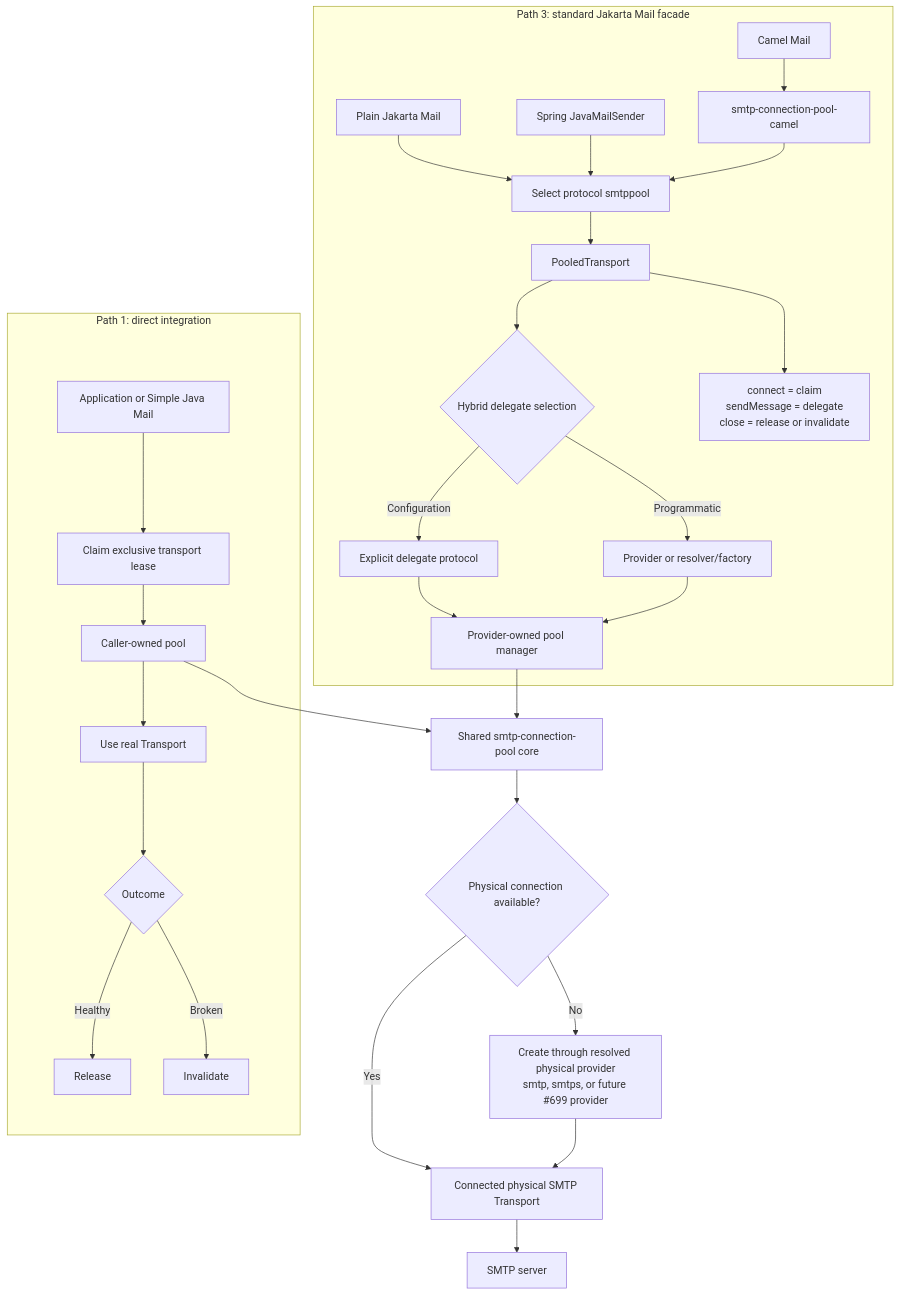
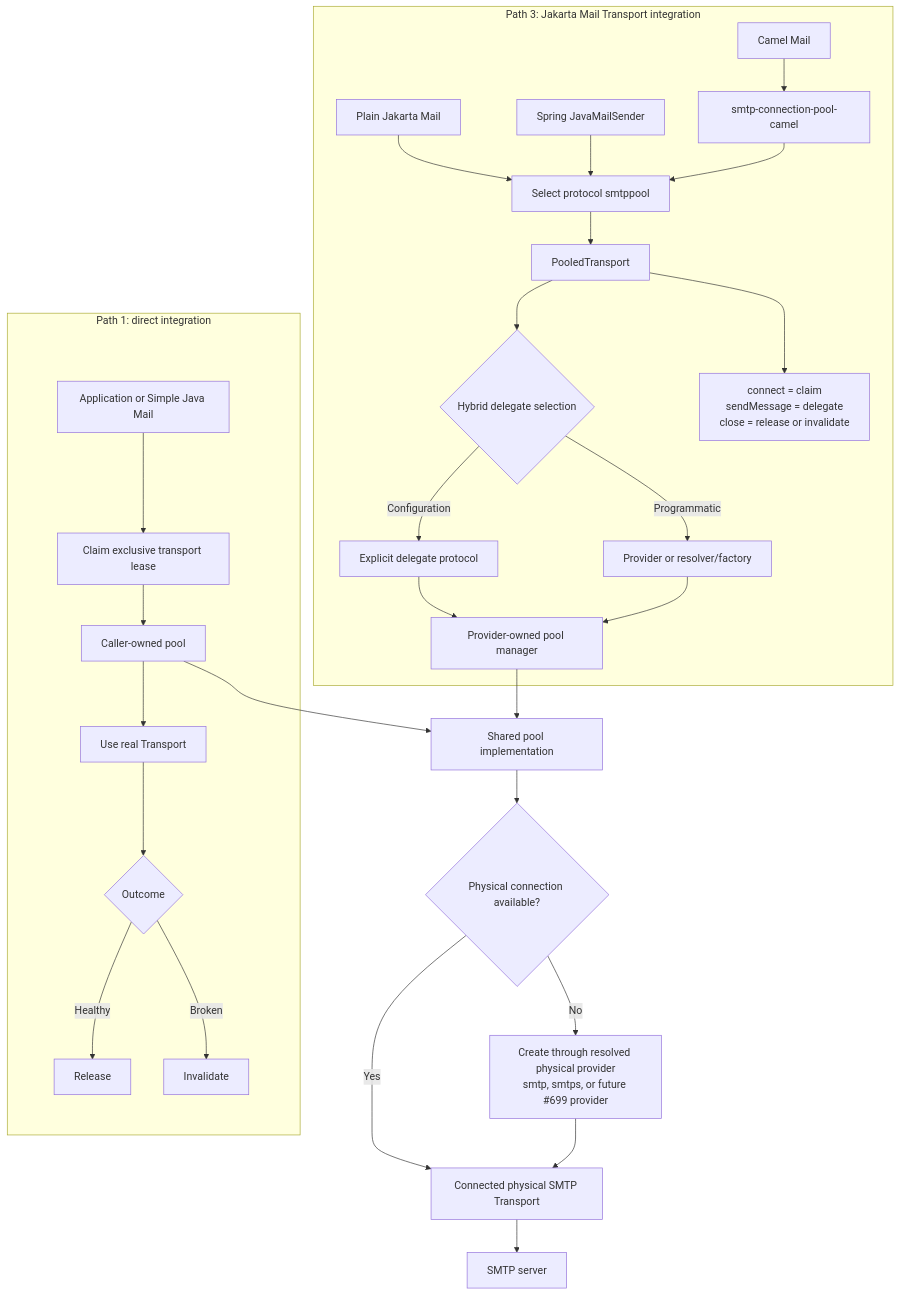
Before and after one commit to simple-java-mail/smtp-connection-pool: the third of 5 diagrams in PRODUCT-VISION.md, drawn with Mermaid. The commit also changed other lines of this file and 16 other files, not shown here.

````diff
--- a/PRODUCT-VISION.md
+++ b/PRODUCT-VISION.md
@@ -214,33 +214,33 @@
 ```mermaid
 flowchart TB
     subgraph DIRECT["Path 1: direct integration"]
         DIRECT_APP["Application or Simple Java Mail"] --> DIRECT_CLAIM["Claim exclusive transport lease"]
         DIRECT_CLAIM --> DIRECT_POOL["Caller-owned pool"]
         DIRECT_POOL --> DIRECT_SEND["Use real Transport"]
         DIRECT_SEND --> DIRECT_RESULT{"Outcome"}
         DIRECT_RESULT -- "Healthy" --> DIRECT_RELEASE["Release"]
         DIRECT_RESULT -- "Broken" --> DIRECT_INVALIDATE["Invalidate"]
     end
 
-    subgraph FACADE["Path 3: standard Jakarta Mail facade"]
+    subgraph FACADE["Path 3: Jakarta Mail Transport integration"]
         PLAIN["Plain Jakarta Mail"] --> SELECT["Select protocol smtppool"]
         SPRING["Spring JavaMailSender"] --> SELECT
         CAMEL["Camel Mail"] --> CAMEL_ADAPTER["smtp-connection-pool-camel"]
         CAMEL_ADAPTER --> SELECT
         SELECT --> WRAPPER["PooledTransport"]
         WRAPPER --> RESOLVE{"Hybrid delegate selection"}
         RESOLVE -- "Configuration" --> PROTOCOL["Explicit delegate protocol"]
         RESOLVE -- "Programmatic" --> PROVIDER["Provider or resolver/factory"]
         PROTOCOL --> PROVIDER_POOL["Provider-owned pool manager"]
         PROVIDER --> PROVIDER_POOL
         WRAPPER --> TRANSLATE["connect = claim<br/>sendMessage = delegate<br/>close = release or invalidate"]
     end
 
-    DIRECT_POOL --> CORE["Shared smtp-connection-pool core"]
+    DIRECT_POOL --> CORE["Shared pool implementation"]
     PROVIDER_POOL --> CORE
     CORE --> AVAILABLE{"Physical connection available?"}
     AVAILABLE -- "Yes" --> PHYSICAL["Connected physical SMTP Transport"]
     AVAILABLE -- "No" --> REAL_PROVIDER["Create through resolved physical provider<br/>smtp, smtps, or future #699 provider"]
     REAL_PROVIDER --> PHYSICAL
     PHYSICAL --> SERVER["SMTP server"]
 ```
````
